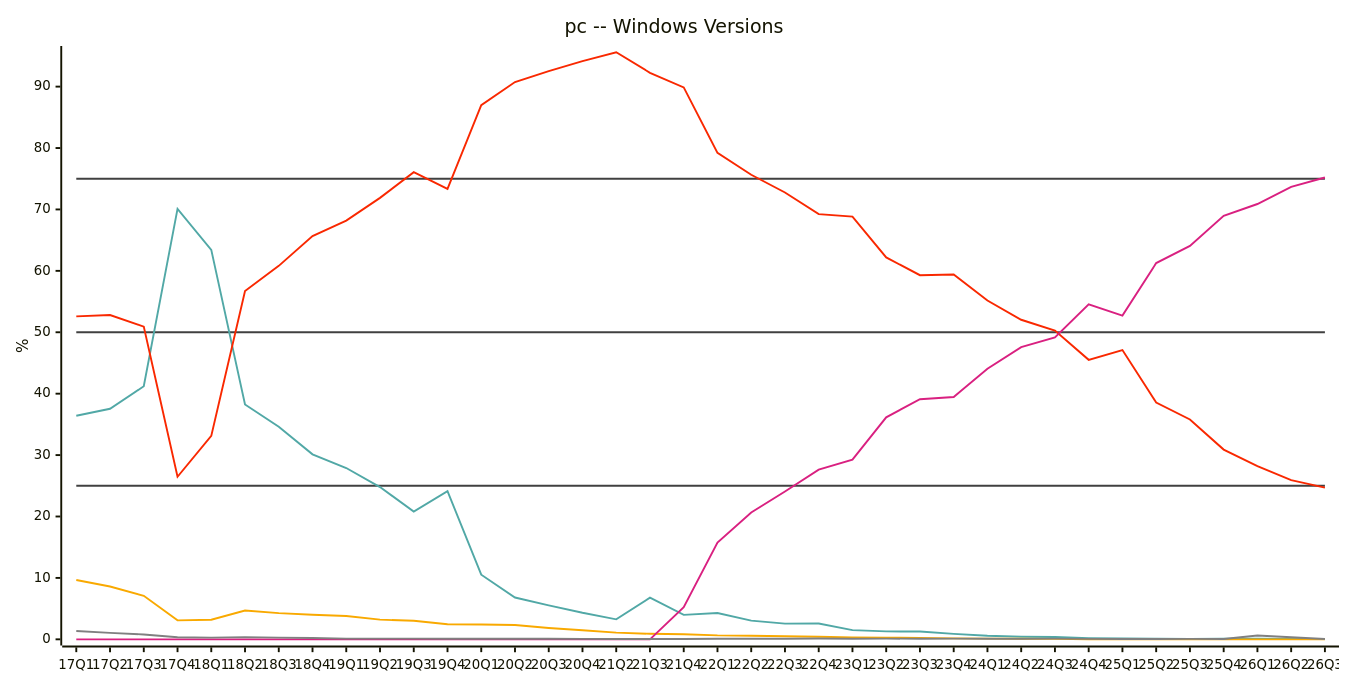
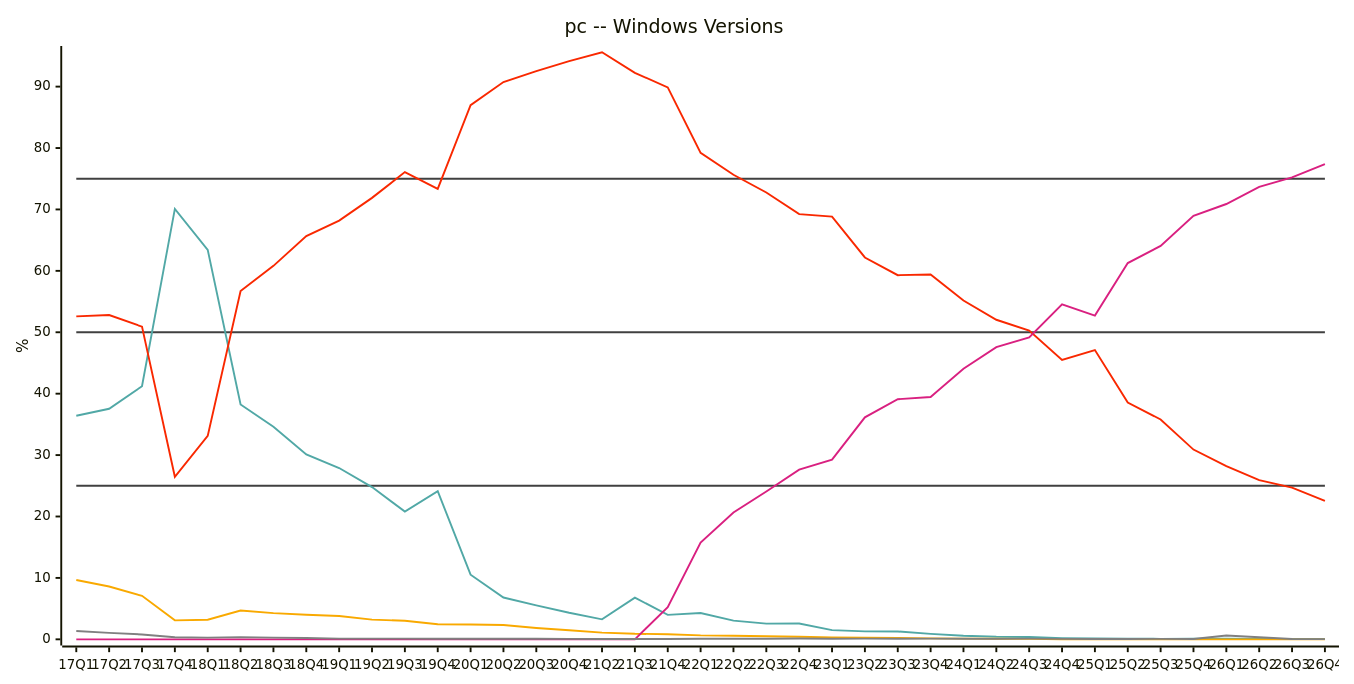
One commit to jdegene/steamHWsurvey changed diagram 15 of 31 in README.md. Above: the diagram before and after it, drawn with Mermaid. The commit also changed other lines of this file and 2 other files, not shown here.

````diff
--- a/README.md
+++ b/README.md
@@ -504,26 +504,26 @@
 ```mermaid
 ---
 config:
     xyChart:
         width: 1400
         height: 700
         
     themeVariables:
         xyChart:
             plotColorPalette: "#404040,#404040,#404040,#51a8a6,#f9a900,#f92800,#d92080,#808080"
 
 --- 
 
 xychart-beta
     title "pc -- Windows Versions"
-    x-axis [17Q1, 17Q2, 17Q3, 17Q4, 18Q1, 18Q2, 18Q3, 18Q4, 19Q1, 19Q2, 19Q3, 19Q4, 20Q1, 20Q2, 20Q3, 20Q4, 21Q2, 21Q3, 21Q4, 22Q1, 22Q2, 22Q3, 22Q4, 23Q1, 23Q2, 23Q3, 23Q4, 24Q1, 24Q2, 24Q3, 24Q4, 25Q1, 25Q2, 25Q3, 25Q4, 26Q1, 26Q2, 26Q3]
+    x-axis [17Q1, 17Q2, 17Q3, 17Q4, 18Q1, 18Q2, 18Q3, 18Q4, 19Q1, 19Q2, 19Q3, 19Q4, 20Q1, 20Q2, 20Q3, 20Q4, 21Q2, 21Q3, 21Q4, 22Q1, 22Q2, 22Q3, 22Q4, 23Q1, 23Q2, 23Q3, 23Q4, 24Q1, 24Q2, 24Q3, 24Q4, 25Q1, 25Q2, 25Q3, 25Q4, 26Q1, 26Q2, 26Q3, 26Q4]
     y-axis "%" 
- line [25, 25, 25, 25, 25, 25, 25, 25, 25, 25, 25, 25, 25, 25, 25, 25, 25, 25, 25, 25, 25, 25, 25, 25, 25, 25, 25, 25, 25, 25, 25, 25, 25, 25, 25, 25, 25, 25]
- line [50, 50, 50, 50, 50, 50, 50, 50, 50, 50, 50, 50, 50, 50, 50, 50, 50, 50, 50, 50, 50, 50, 50, 50, 50, 50, 50, 50, 50, 50, 50, 50, 50, 50, 50, 50, 50, 50]
- line [75, 75, 75, 75, 75, 75, 75, 75, 75, 75, 75, 75, 75, 75, 75, 75, 75, 75, 75, 75, 75, 75, 75, 75, 75, 75, 75, 75, 75, 75, 75, 75, 75, 75, 75, 75, 75, 75]
-    line [36.405, 37.54666666666667, 41.20333333333333, 70.09666666666666, 63.416666666666664, 38.235, 34.63, 30.119999999999997, 27.889999999999997, 24.795, 20.8, 24.11, 10.525, 6.81, 5.54, 4.32, 3.256666666666667, 6.79, 3.9849999999999994, 4.2749999999999995, 3.043333333333333, 2.5533333333333337, 2.58, 1.4966666666666668, 1.2900000000000003, 1.2766666666666668, 0.8833333333333334, 0.5833333333333334, 0.42, 0.3766666666666667, 0.2033333333333333, 0.12333333333333335, 0.10666666666666665, 0.07666666666666667, 0.09333333333333334, 0.09000000000000001, 0.07333333333333333, 0.075]
-    line [9.665, 8.600000000000001, 7.086666666666668, 3.093333333333333, 3.1933333333333334, 4.68, 4.266666666666667, 3.9966666666666666, 3.8033333333333337, 3.2100000000000004, 3.013333333333333, 2.46, 2.405, 2.3433333333333333, 1.8549999999999998, 1.4700000000000002, 1.0833333333333335, 0.8999999999999999, 0.835, 0.6399999999999999, 0.5766666666666667, 0.5033333333333333, 0.4266666666666666, 0.32, 0.27499999999999997, 0.22, 0.15666666666666668, 0.10666666666666665, 0.08333333333333334, 0.075, 0, 0, 0, 0, 0, 0, 0, 0]
-    line [52.580000000000005, 52.80666666666667, 50.913333333333334, 26.47, 33.123333333333335, 56.730000000000004, 60.81333333333333, 65.67, 68.18666666666667, 71.885, 76.07666666666667, 73.33666666666666, 86.98, 90.75333333333333, 92.52, 94.145, 95.6, 92.25, 89.875, 79.21000000000001, 75.64333333333333, 72.75666666666667, 69.23333333333333, 68.82333333333334, 62.17999999999999, 59.296666666666674, 59.4, 55.16, 52.03666666666666, 50.28666666666667, 45.51, 47.099999999999994, 38.56666666666666, 35.79999999999999, 30.89666666666667, 28.199999999999996, 25.923333333333336, 24.7]
-    line [0, 0, 0, 0, 0, 0, 0, 0, 0, 0, 0, 0, 0, 0, 0, 0, 0, 0, 5.244999999999999, 15.770000000000001, 20.65, 24.08, 27.63, 29.26, 36.150000000000006, 39.10333333333333, 39.46333333333333, 44.06, 47.57, 49.169999999999995, 54.53, 52.72, 61.26999999999999, 64.05333333333334, 68.96333333333334, 70.88499999999999, 73.66333333333334, 75.20666666666668]
-    line [1.345, 1.0466666666666666, 0.7966666666666667, 0.3433333333333333, 0.27666666666666667, 0.355, 0.27666666666666667, 0.2133333333333333, 0.11666666666666668, 0.10999999999999999, 0.10666666666666667, 0.09000000000000001, 0.1, 0.09666666666666665, 0.085, 0.06999999999999999, 0.05333333333333332, 0.06, 0.06, 0.1, 0.08666666666666667, 0.1, 0.12666666666666665, 0.09333333333333334, 0.10999999999999999, 0.1, 0.10666666666666667, 0.08666666666666667, 0.08, 0.11666666666666668, 0.06666666666666667, 0.05666666666666666, 0.05333333333333332, 0.07333333333333332, 0.04666666666666667, 0.6316666666666667, 0.3433333333333333, 0.04666666666666667]
+ line [25, 25, 25, 25, 25, 25, 25, 25, 25, 25, 25, 25, 25, 25, 25, 25, 25, 25, 25, 25, 25, 25, 25, 25, 25, 25, 25, 25, 25, 25, 25, 25, 25, 25, 25, 25, 25, 25, 25]
+ line [50, 50, 50, 50, 50, 50, 50, 50, 50, 50, 50, 50, 50, 50, 50, 50, 50, 50, 50, 50, 50, 50, 50, 50, 50, 50, 50, 50, 50, 50, 50, 50, 50, 50, 50, 50, 50, 50, 50]
+ line [75, 75, 75, 75, 75, 75, 75, 75, 75, 75, 75, 75, 75, 75, 75, 75, 75, 75, 75, 75, 75, 75, 75, 75, 75, 75, 75, 75, 75, 75, 75, 75, 75, 75, 75, 75, 75, 75, 75]
+    line [36.405, 37.54666666666667, 41.20333333333333, 70.09666666666666, 63.416666666666664, 38.235, 34.63, 30.119999999999997, 27.889999999999997, 24.795, 20.8, 24.11, 10.525, 6.81, 5.54, 4.32, 3.256666666666667, 6.79, 3.9849999999999994, 4.2749999999999995, 3.043333333333333, 2.5533333333333337, 2.58, 1.4966666666666668, 1.2900000000000003, 1.2766666666666668, 0.8833333333333334, 0.5833333333333334, 0.42, 0.3766666666666667, 0.2033333333333333, 0.12333333333333335, 0.10666666666666665, 0.07666666666666667, 0.09333333333333334, 0.09000000000000001, 0.07333333333333333, 0.075, 0.06]
+    line [9.665, 8.600000000000001, 7.086666666666668, 3.093333333333333, 3.1933333333333334, 4.68, 4.266666666666667, 3.9966666666666666, 3.8033333333333337, 3.2100000000000004, 3.013333333333333, 2.46, 2.405, 2.3433333333333333, 1.8549999999999998, 1.4700000000000002, 1.0833333333333335, 0.8999999999999999, 0.835, 0.6399999999999999, 0.5766666666666667, 0.5033333333333333, 0.4266666666666666, 0.32, 0.27499999999999997, 0.22, 0.15666666666666668, 0.10666666666666665, 0.08333333333333334, 0.075, 0, 0, 0, 0, 0, 0, 0, 0, 0]
+    line [52.580000000000005, 52.80666666666667, 50.913333333333334, 26.47, 33.123333333333335, 56.730000000000004, 60.81333333333333, 65.67, 68.18666666666667, 71.885, 76.07666666666667, 73.33666666666666, 86.98, 90.75333333333333, 92.52, 94.145, 95.6, 92.25, 89.875, 79.21000000000001, 75.64333333333333, 72.75666666666667, 69.23333333333333, 68.82333333333334, 62.17999999999999, 59.296666666666674, 59.4, 55.16, 52.03666666666666, 50.28666666666667, 45.51, 47.099999999999994, 38.56666666666666, 35.79999999999999, 30.89666666666667, 28.199999999999996, 25.923333333333336, 24.7, 22.53]
+    line [0, 0, 0, 0, 0, 0, 0, 0, 0, 0, 0, 0, 0, 0, 0, 0, 0, 0, 5.244999999999999, 15.770000000000001, 20.65, 24.08, 27.63, 29.26, 36.150000000000006, 39.10333333333333, 39.46333333333333, 44.06, 47.57, 49.169999999999995, 54.53, 52.72, 61.26999999999999, 64.05333333333334, 68.96333333333334, 70.88499999999999, 73.66333333333334, 75.20666666666668, 77.38]
+    line [1.345, 1.0466666666666666, 0.7966666666666665, 0.3433333333333333, 0.27666666666666667, 0.355, 0.27666666666666667, 0.2133333333333333, 0.11666666666666668, 0.10999999999999999, 0.10666666666666667, 0.09000000000000001, 0.1, 0.09666666666666665, 0.085, 0.06999999999999999, 0.05333333333333332, 0.06, 0.06, 0.1, 0.08666666666666667, 0.1, 0.12666666666666665, 0.09333333333333334, 0.10999999999999999, 0.1, 0.10666666666666667, 0.08666666666666667, 0.08, 0.11666666666666668, 0.06666666666666667, 0.05666666666666666, 0.05333333333333332, 0.07333333333333332, 0.04666666666666667, 0.6316666666666667, 0.3433333333333333, 0.04666666666666667, 0.03]
 ``` 
````
